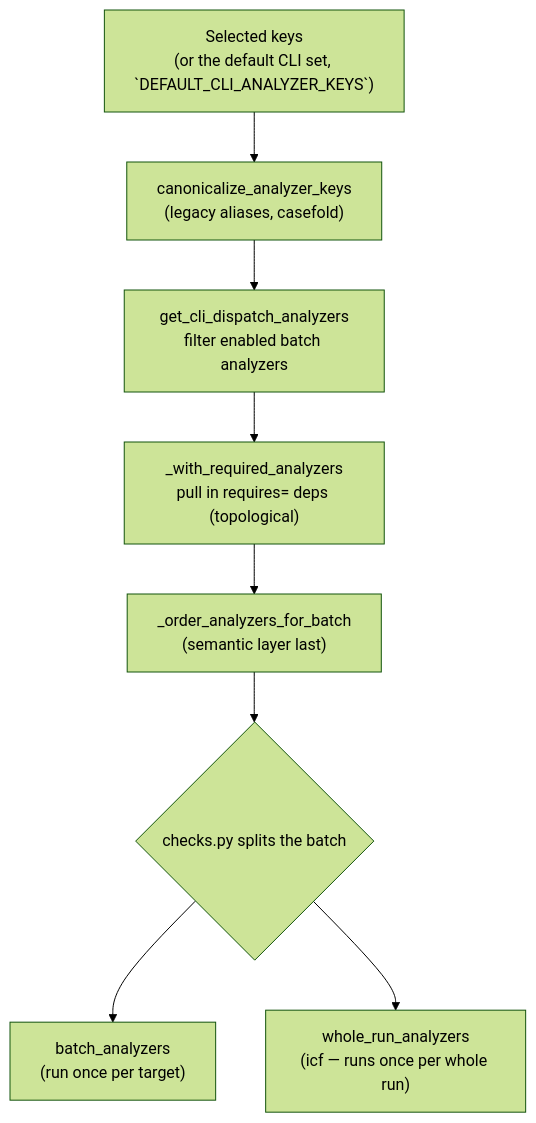
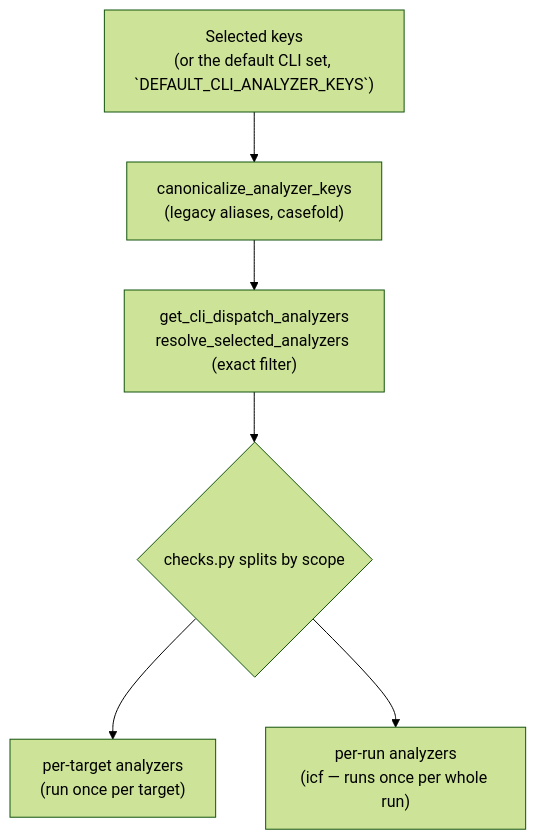
The third of 5 diagrams in ARCHITECTURE.md (SorenHJohansen/SattLint), drawn with Mermaid (forest theme) before and after one commit. The commit also changed other lines of this file and 69 other files, not shown here.

````diff
--- a/ARCHITECTURE.md
+++ b/ARCHITECTURE.md
@@ -104,15 +102,13 @@
 ```mermaid
 flowchart TB
     Keys["Selected keys<br/>(or the default CLI set, `DEFAULT_CLI_ANALYZER_KEYS`)"]
     Canon["canonicalize_analyzer_keys<br/>(legacy aliases, casefold)"]
-    Filter["get_cli_dispatch_analyzers<br/>filter enabled batch analyzers"]
-    Req["_with_required_analyzers<br/>pull in requires= deps (topological)"]
-    Order["_order_analyzers_for_batch<br/>(semantic layer last)"]
-    Split{"checks.py splits the batch"}
-    Batch["batch_analyzers<br/>(run once per target)"]
-    Whole["whole_run_analyzers<br/>(icf — runs once per whole run)"]
+    Filter["get_cli_dispatch_analyzers<br/>resolve_selected_analyzers (exact filter)"]
+    Split{"checks.py splits by scope"}
+    Batch["per-target analyzers<br/>(run once per target)"]
+    Whole["per-run analyzers<br/>(icf — runs once per whole run)"]
 
-    Keys --> Canon --> Filter --> Req --> Order --> Split
+    Keys --> Canon --> Filter --> Split
     Split --> Batch
     Split --> Whole
 ```
````
